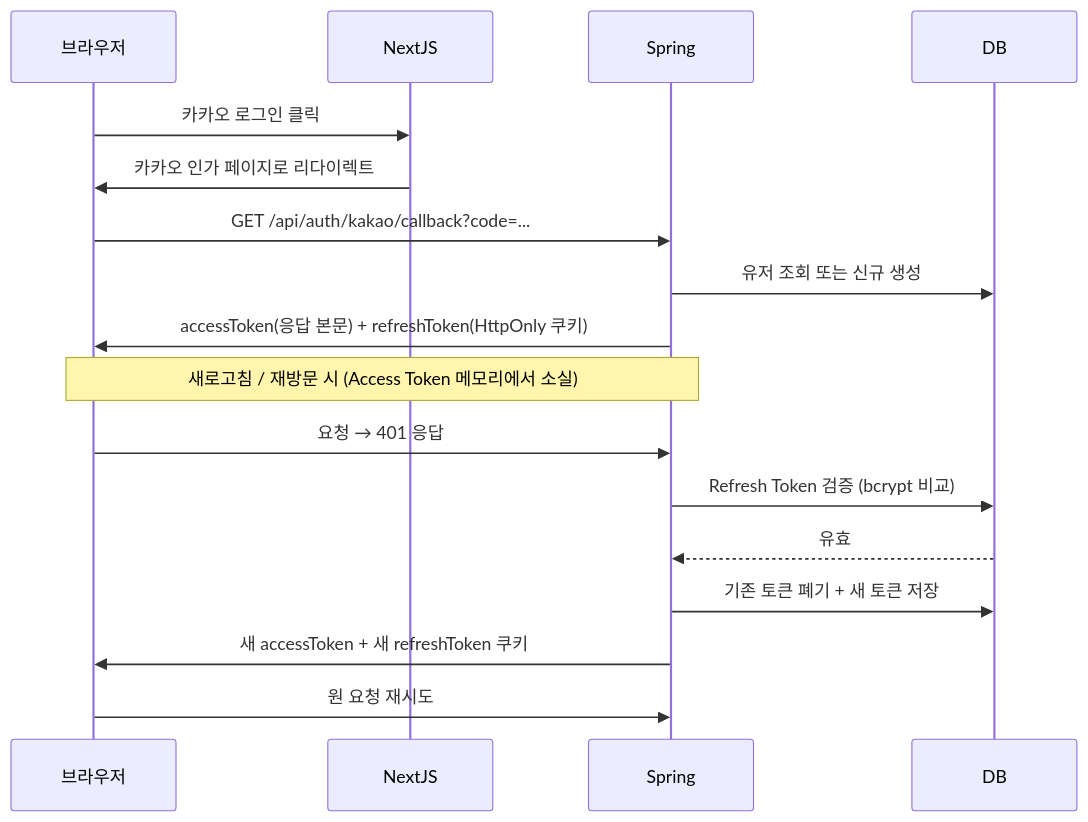
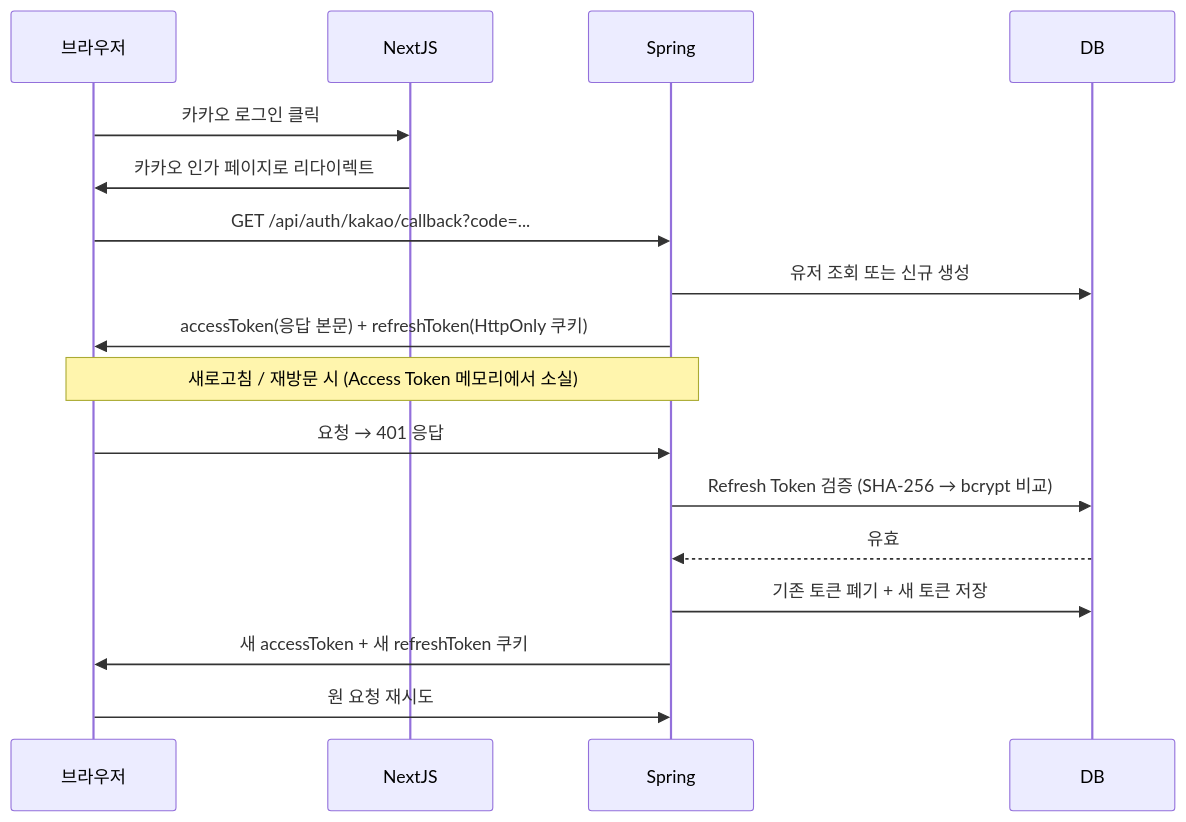
Before and after one commit to seungjinBen/CampusHanjang: the second of 4 diagrams in README.md, drawn with Mermaid. The commit also changed other lines of this file, not shown here.

````diff
--- a/README.md
+++ b/README.md
@@ -164,21 +172,21 @@
 ```mermaid
 sequenceDiagram
     participant 브라우저
     participant NextJS
     participant Spring
     participant DB
 
     브라우저->>NextJS: 카카오 로그인 클릭
     NextJS->>브라우저: 카카오 인가 페이지로 리다이렉트
     브라우저->>Spring: GET /api/auth/kakao/callback?code=...
     Spring->>DB: 유저 조회 또는 신규 생성
     Spring->>브라우저: accessToken(응답 본문) + refreshToken(HttpOnly 쿠키)
 
     Note over 브라우저,Spring: 새로고침 / 재방문 시 (Access Token 메모리에서 소실)
     브라우저->>Spring: 요청 → 401 응답
-    Spring->>DB: Refresh Token 검증 (bcrypt 비교)
+    Spring->>DB: Refresh Token 검증 (SHA-256 → bcrypt 비교)
     DB-->>Spring: 유효
     Spring->>DB: 기존 토큰 폐기 + 새 토큰 저장
     Spring->>브라우저: 새 accessToken + 새 refreshToken 쿠키
     브라우저->>Spring: 원 요청 재시도
 ```
````
